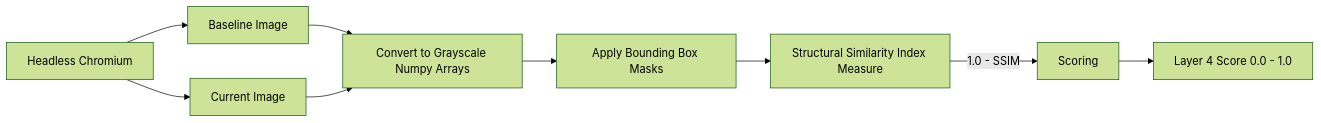
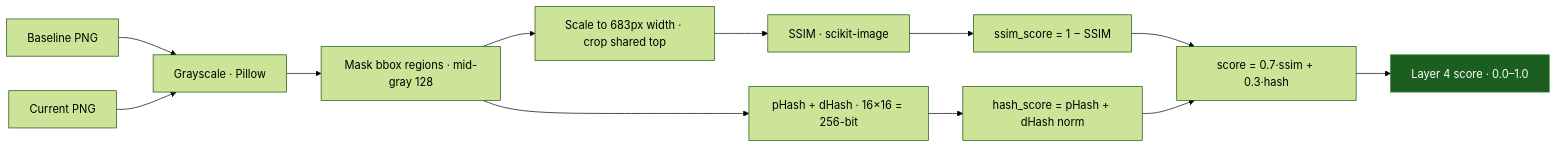
The diagram in docs/layers/4-visual-diff.mdx (Ns81000/WARDRESS), drawn with Mermaid (forest theme) before and after one commit. The commit also changed other lines of this file and 20 other files, not shown here.

Commit message:
docs: initialize project documentation suite with architectural overviews, detection layer details, and frontend workbench guides

````diff
--- a/docs/layers/4-visual-diff.mdx
+++ b/docs/layers/4-visual-diff.mdx
@@ -12,14 +15,17 @@
 ```mermaid
-graph LR
-    BROWSER[Headless Chromium] --> SCREENSHOT_B[Baseline Image]
-    BROWSER --> SCREENSHOT_C[Current Image]
-    
-    SCREENSHOT_B --> GRAY[Convert to Grayscale Numpy Arrays]
-    SCREENSHOT_C --> GRAY
-    
-    GRAY --> BBOX[Apply Bounding Box Masks]
-    BBOX --> SSIM[Structural Similarity Index Measure]
-    
-    SSIM --> |1.0 - SSIM| SCORE[Scoring]
-    SCORE --> OUT[Layer 4 Score 0.0 - 1.0]
+flowchart LR
+    BS[Baseline PNG] --> GL[Grayscale · Pillow]
+    CS[Current PNG] --> GL
+    GL --> MK[Mask bbox regions · mid-gray 128]
+    MK --> RS[Scale to 683px width · crop shared top]
+    RS --> SSIM["SSIM · scikit-image"]
+    MK --> PH["pHash + dHash · 16×16 = 256-bit"]
+    SSIM --> SS[ssim_score = 1 − SSIM]
+    PH --> HS[hash_score = pHash + dHash norm]
+    SS --> F["score = 0.7·ssim + 0.3·hash"]
+    HS --> F
+    F --> OUT[Layer 4 score · 0.0–1.0]
+
+    classDef out fill:#1b5e20,stroke:#2e7d32,color:#fff;
+    class OUT out;
 ```
````
